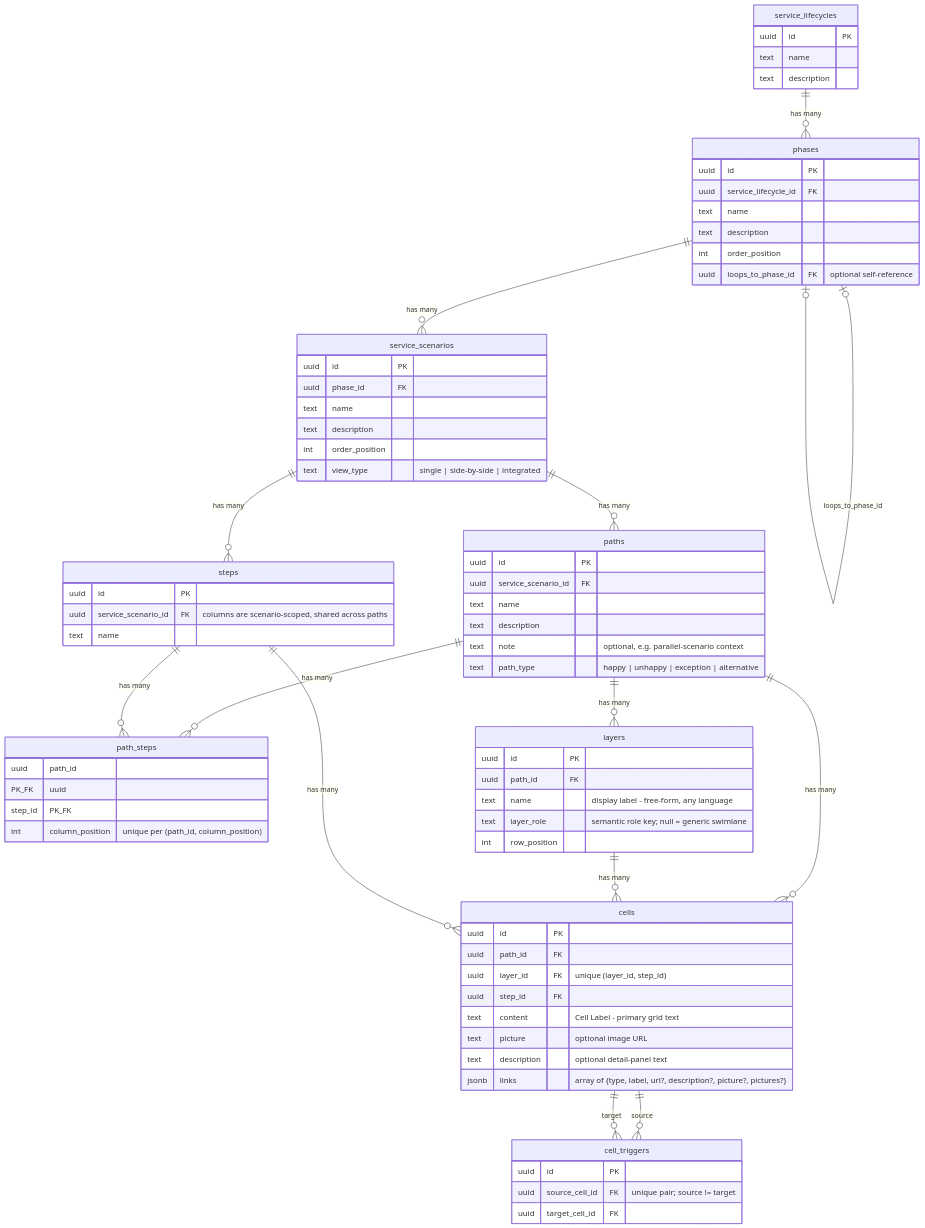
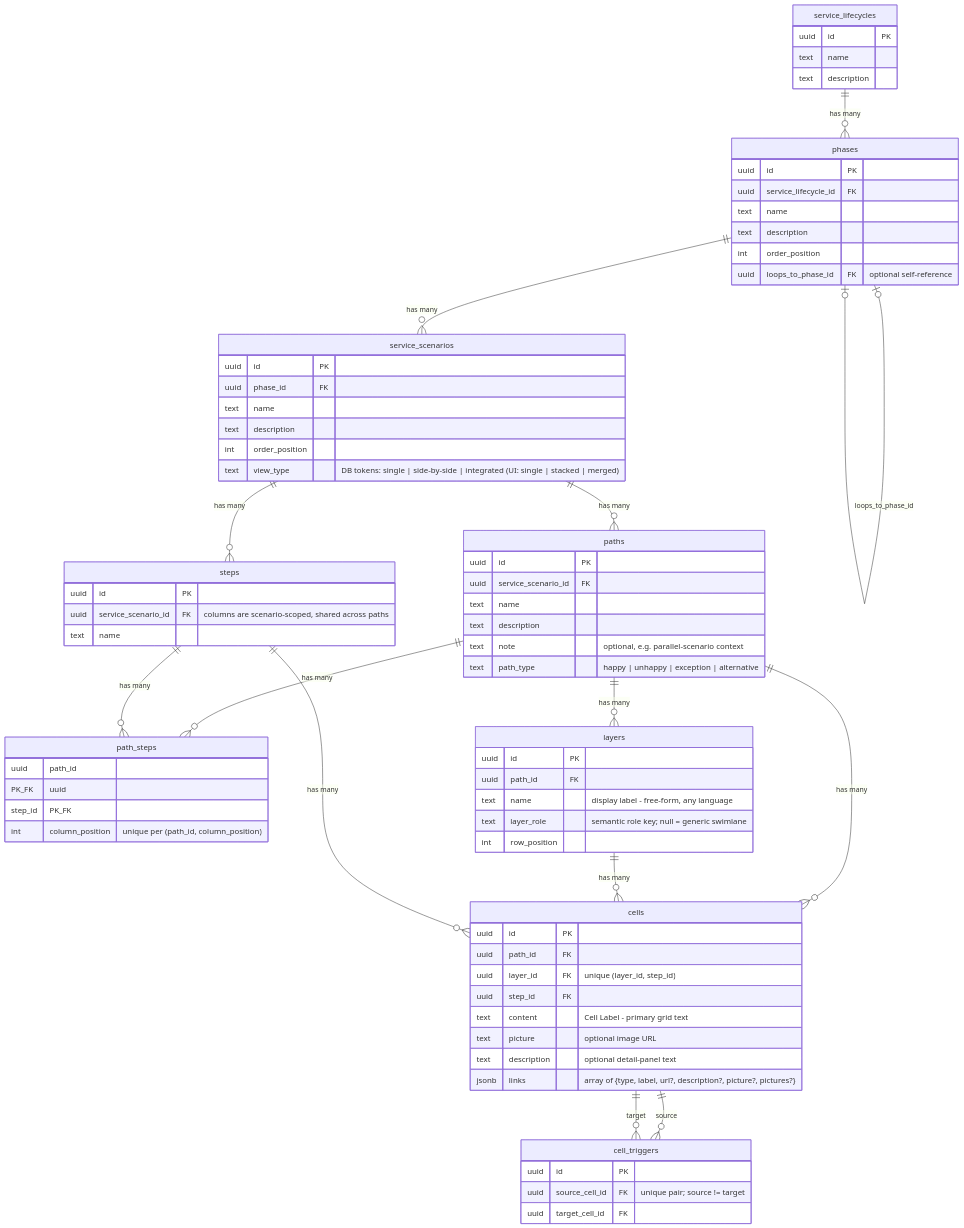
The diagram in src/lib/agent/skill/references/data-model.md (BilLogic/plus-uno-blueprint), drawn with Mermaid before and after one commit. The commit also changed other lines of this file and 12 other files, not shown here.

First line of the commit message:
refactor(compare): stacked/merged client vocabulary behind a two-seam DB map

````diff
--- a/src/lib/agent/skill/references/data-model.md
+++ b/src/lib/agent/skill/references/data-model.md
@@ -19,26 +19,26 @@
 ```mermaid
 erDiagram
   service_lifecycles ||--o{ phases : "has many"
   phases ||--o{ service_scenarios : "has many"
   phases |o--o| phases : "loops_to_phase_id"
   service_scenarios ||--o{ paths : "has many"
   service_scenarios ||--o{ steps : "has many"
   paths ||--o{ path_steps : "has many"
   steps ||--o{ path_steps : "has many"
   paths ||--o{ layers : "has many"
   paths ||--o{ cells : "has many"
   layers ||--o{ cells : "has many"
   steps ||--o{ cells : "has many"
   cells ||--o{ cell_triggers : "source"
   cells ||--o{ cell_triggers : "target"
 
   service_lifecycles { uuid id PK  text name  text description }
   phases { uuid id PK  uuid service_lifecycle_id FK  text name  text description  int order_position  uuid loops_to_phase_id FK "optional self-reference" }
-  service_scenarios { uuid id PK  uuid phase_id FK  text name  text description  int order_position  text view_type "single | side-by-side | integrated" }
+  service_scenarios { uuid id PK  uuid phase_id FK  text name  text description  int order_position  text view_type "DB tokens: single | side-by-side | integrated (UI: single | stacked | merged)" }
   paths { uuid id PK  uuid service_scenario_id FK  text name  text description  text note "optional, e.g. parallel-scenario context"  text path_type "happy | unhappy | exception | alternative" }
   steps { uuid id PK  uuid service_scenario_id FK "columns are scenario-scoped, shared across paths"  text name }
   path_steps { uuid path_id PK_FK  uuid step_id PK_FK  int column_position "unique per (path_id, column_position)" }
   layers { uuid id PK  uuid path_id FK  text name "display label - free-form, any language"  text layer_role "semantic role key; null = generic swimlane"  int row_position }
   cells { uuid id PK  uuid path_id FK  uuid layer_id FK "unique (layer_id, step_id)"  uuid step_id FK  text content "Cell Label - primary grid text"  text picture "optional image URL"  text description "optional detail-panel text"  jsonb links "array of {type, label, url?, description?, picture?, pictures?}" }
   cell_triggers { uuid id PK  uuid source_cell_id FK "unique pair; source != target"  uuid target_cell_id FK }
 ```
````
